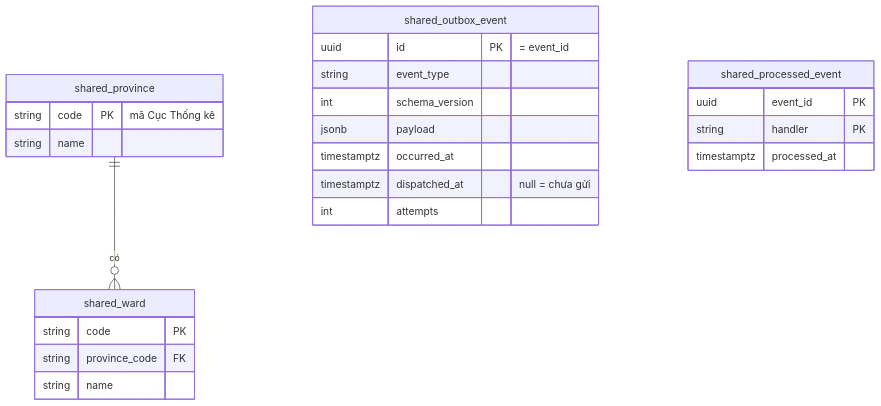
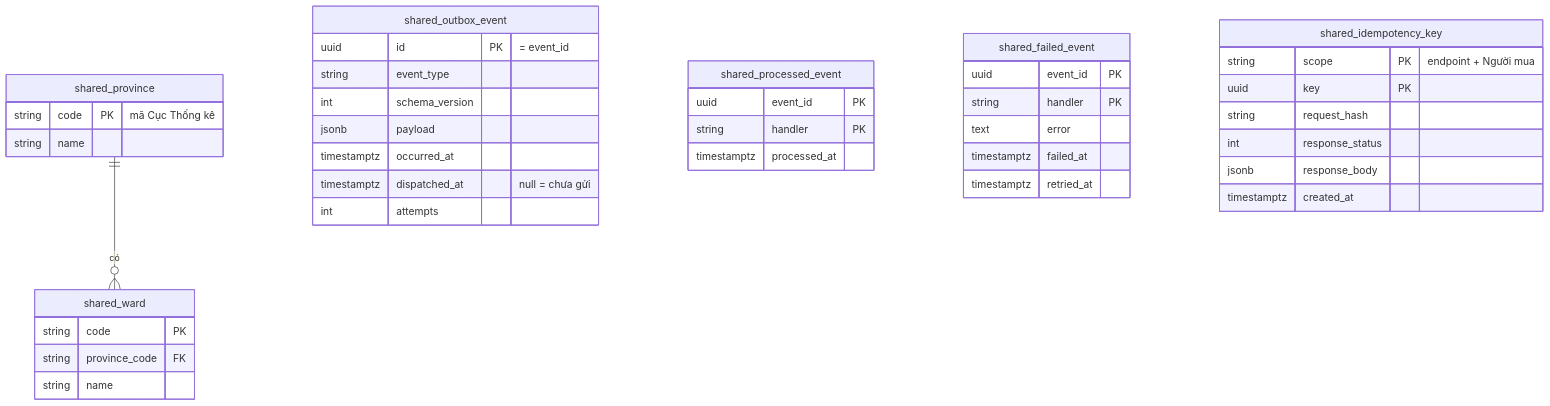
The first of 9 diagrams in docs/architecture/03-data-model.md (LuongCongThanh/boilerplate-ecommerce-next-16), drawn with Mermaid before and after one commit. The commit also changed other lines of this file and 21 other files, not shown here.

First line of the commit message:
docs: resolve architecture review findings

````diff
--- a/docs/architecture/03-data-model.md
+++ b/docs/architecture/03-data-model.md
@@ -8,27 +8,42 @@
 ```mermaid
 erDiagram
     shared_province ||--o{ shared_ward : "có"
     shared_province {
         string code PK "mã Cục Thống kê"
         string name
     }
     shared_ward {
         string code PK
         string province_code FK
         string name
     }
     shared_outbox_event {
         uuid id PK "= event_id"
         string event_type
         int schema_version
         jsonb payload
         timestamptz occurred_at
         timestamptz dispatched_at "null = chưa gửi"
         int attempts
     }
     shared_processed_event {
         uuid event_id PK
         string handler PK
         timestamptz processed_at
     }
+    shared_failed_event {
+        uuid event_id PK
+        string handler PK
+        text error
+        timestamptz failed_at
+        timestamptz retried_at
+    }
+    shared_idempotency_key {
+        string scope PK "endpoint + Người mua"
+        uuid key PK
+        string request_hash
+        int response_status
+        jsonb response_body
+        timestamptz created_at
+    }
 ```
````
